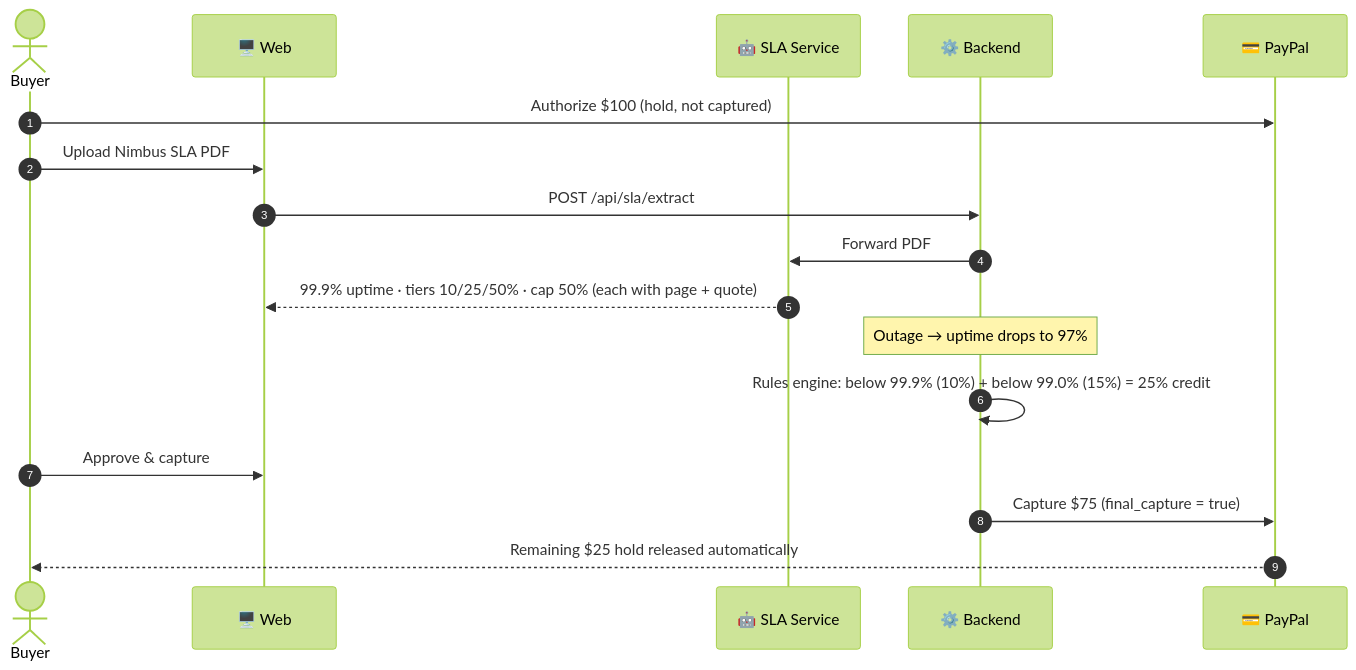
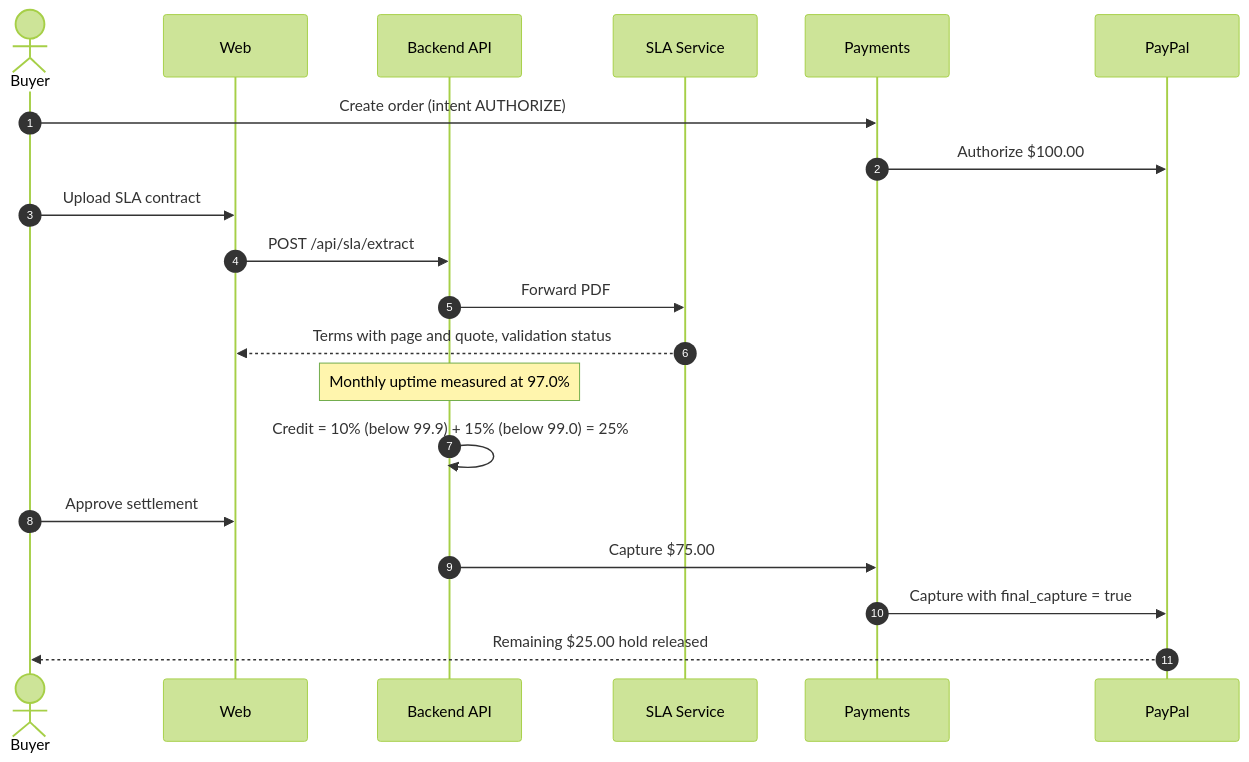
One commit to ParasChavan02/Pay-for-Performance changed the first of 2 diagrams in README.md. Above: the diagram before and after it, drawn with Mermaid (forest theme). The commit also changed other lines of this file, not shown here.

````diff
--- a/README.md
+++ b/README.md
@@ -57,20 +41,23 @@
 ```mermaid
 sequenceDiagram
     autonumber
     actor Buyer
-    participant Web as 🖥️ Web
-    participant AI as 🤖 SLA Service
-    participant API as ⚙️ Backend
-    participant PP as 💳 PayPal
+    participant Web
+    participant API as Backend API
+    participant SLA as SLA Service
+    participant Pay as Payments
+    participant PayPal
 
-    Buyer->>PP: Authorize $100 (hold, not captured)
-    Buyer->>Web: Upload Nimbus SLA PDF
+    Buyer->>Pay: Create order (intent AUTHORIZE)
+    Pay->>PayPal: Authorize $100.00
+    Buyer->>Web: Upload SLA contract
     Web->>API: POST /api/sla/extract
-    API->>AI: Forward PDF
-    AI-->>Web: 99.9% uptime · tiers 10/25/50% · cap 50% (each with page + quote)
-    Note over API: Outage → uptime drops to 97%
-    API->>API: Rules engine: below 99.9% (10%) + below 99.0% (15%) = 25% credit
-    Buyer->>Web: Approve & capture
-    API->>PP: Capture $75 (final_capture = true)
-    PP-->>Buyer: Remaining $25 hold released automatically
+    API->>SLA: Forward PDF
+    SLA-->>Web: Terms with page and quote, validation status
+    Note over API: Monthly uptime measured at 97.0%
+    API->>API: Credit = 10% (below 99.9) + 15% (below 99.0) = 25%
+    Buyer->>Web: Approve settlement
+    API->>Pay: Capture $75.00
+    Pay->>PayPal: Capture with final_capture = true
+    PayPal-->>Buyer: Remaining $25.00 hold released
 ```
````
